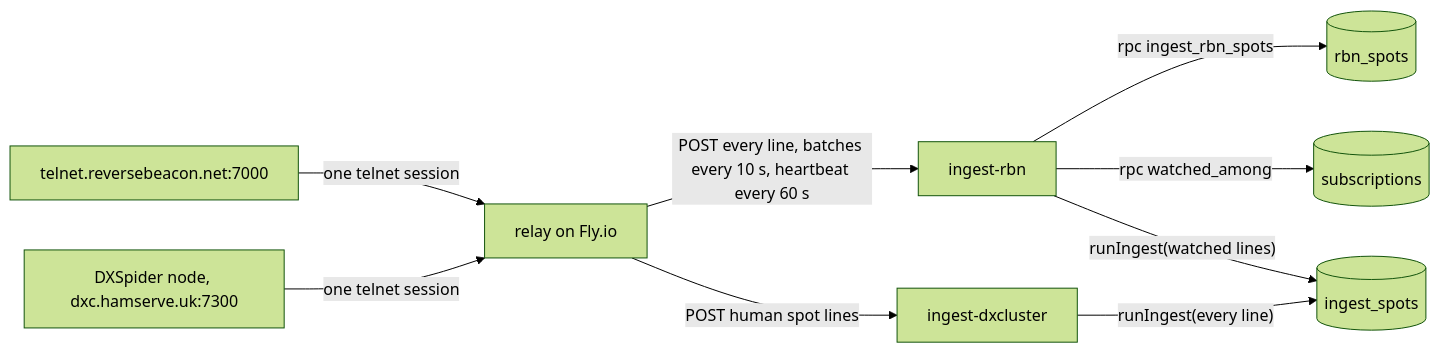
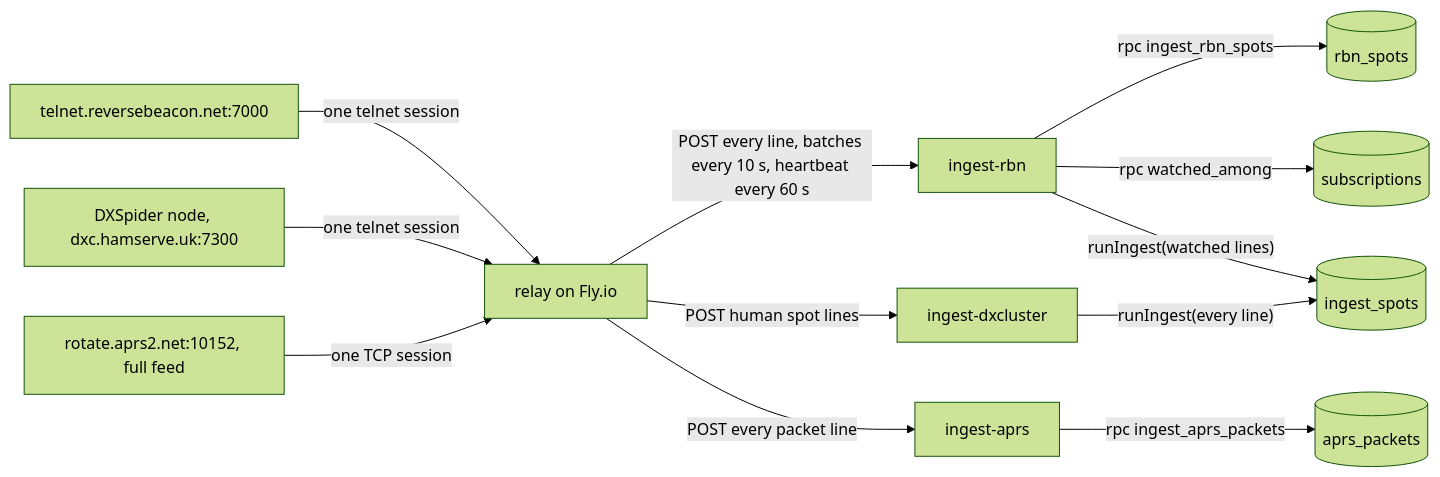
The fifth of 11 diagrams in docs/ARCHITECTURE.md (johnsonm/longlines), drawn with Mermaid (forest theme) before and after one commit. The commit also changed other lines of this file and 37 other files, not shown here.

First line of the commit message:
Add APRS-IS as a fifth source: every packet on the full feed

````diff
--- a/docs/ARCHITECTURE.md
+++ b/docs/ARCHITECTURE.md
@@ -362,11 +362,14 @@
 ```mermaid
 flowchart LR
   RBN[telnet.reversebeacon.net:7000] -- "one telnet session" --> R[relay on Fly.io]
   DXC[DXSpider node, dxc.hamserve.uk:7300] -- "one telnet session" --> R
   R -- "POST every line, batches every 10 s, heartbeat every 60 s" --> F[ingest-rbn]
   F -- "rpc ingest_rbn_spots" --> RS[(rbn_spots)]
   F -- "rpc watched_among" --> W[(subscriptions)]
   F -- "runIngest(watched lines)" --> RPC[(ingest_spots)]
   R -- "POST human spot lines" --> FD[ingest-dxcluster]
   FD -- "runIngest(every line)" --> RPC
+  APRS[rotate.aprs2.net:10152, full feed] -- "one TCP session" --> R
+  R -- "POST every packet line" --> FA[ingest-aprs]
+  FA -- "rpc ingest_aprs_packets" --> AP[(aprs_packets)]
 ```
````
